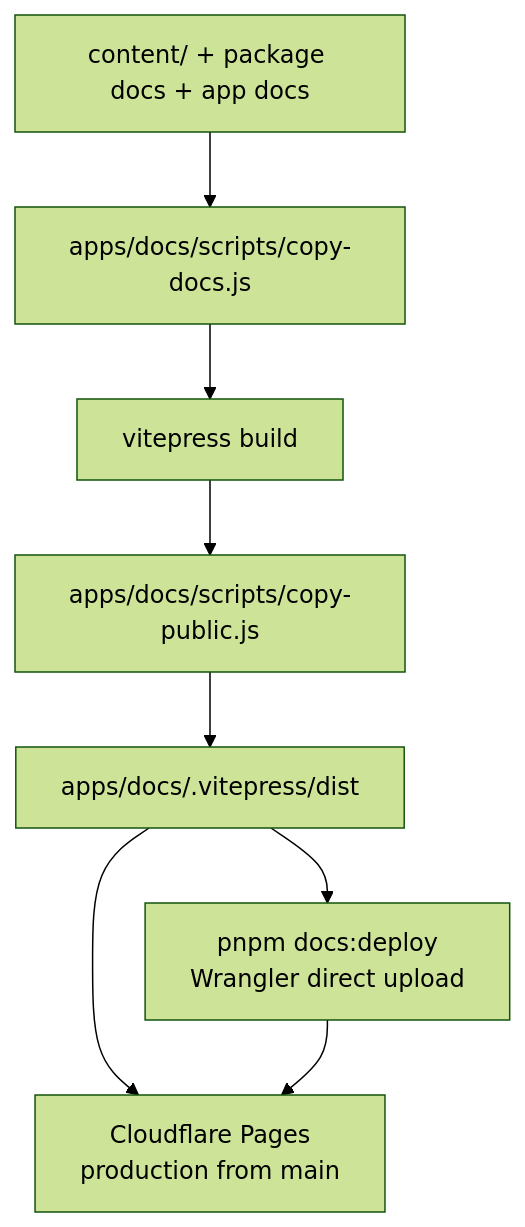
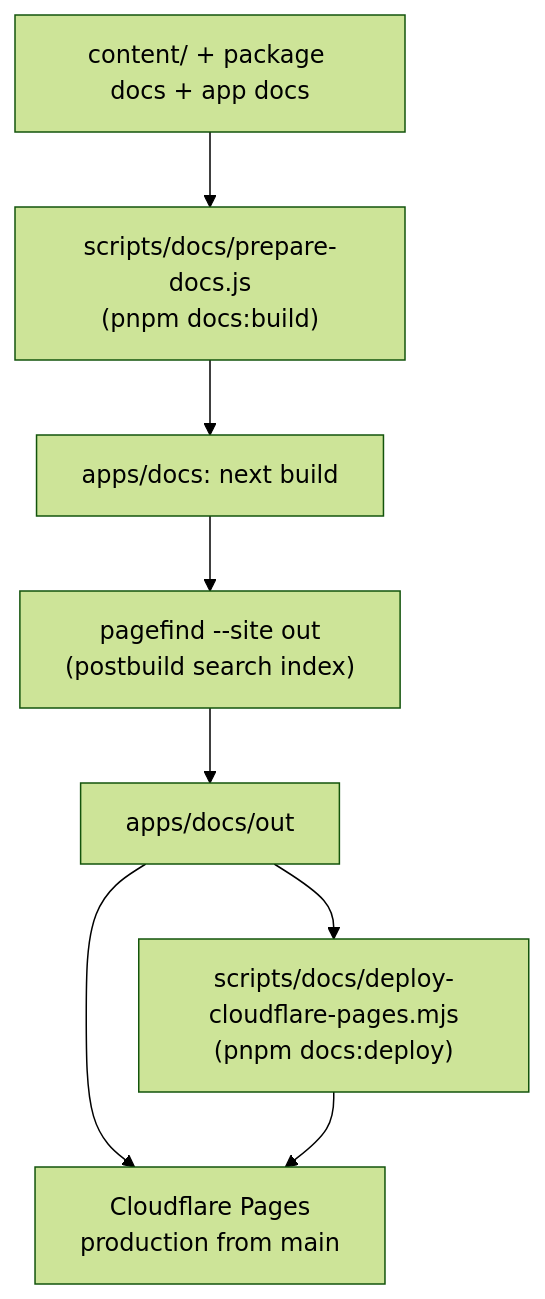
One commit to woojubb/robota changed the second of 2 diagrams in .agents/specs/architecture-map/apps-and-deployment.md. Above: the diagram before and after it, drawn with Mermaid (forest theme). The commit also changed other lines of this file and 2 other files, not shown here.

Commit message:
docs(arch): refresh apps-and-deployment.md (INFRA-008, AF-10/18/19) (#739)
- AF-10: rewrite the docs-deployment mermaid to the real Next.js pipeline
  (scripts/docs/prepare-docs.js → next build → pagefind → apps/docs/out →
  Cloudflare / deploy-cloudflare-pages.mjs); removes dead copy-docs.js,
  copy-public.js and the stale vitepress step.
- AF-18: add the three undocumented apps — apps/action (GitHub Action),
  apps/starter-nextjs (Next.js template), apps/www (Cloudflare Pages site).
- AF-19: clarify apps/agent-web = Vercel (frontend) + Firebase/Firestore
  (backend), since it ships both vercel.json and firebase.json/firestore.

harness:scan 24/24 exit 0.

````diff
--- a/.agents/specs/architecture-map/apps-and-deployment.md
+++ b/.agents/specs/architecture-map/apps-and-deployment.md
@@ -59,18 +62,18 @@
 ```mermaid
 flowchart TD
   Content["content/ + package docs + app docs"]
-  Copy["apps/docs/scripts/copy-docs.js"]
-  Build["vitepress build"]
-  Public["apps/docs/scripts/copy-public.js"]
-  Dist["apps/docs/.vitepress/dist"]
+  Prepare["scripts/docs/prepare-docs.js\n(pnpm docs:build)"]
+  Build["apps/docs: next build"]
+  Pagefind["pagefind --site out\n(postbuild search index)"]
+  Out["apps/docs/out"]
   Cloudflare["Cloudflare Pages\nproduction from main"]
-  Manual["pnpm docs:deploy\nWrangler direct upload"]
+  Manual["scripts/docs/deploy-cloudflare-pages.mjs\n(pnpm docs:deploy)"]
 
-  Content --> Copy
-  Copy --> Build
-  Build --> Public
-  Public --> Dist
-  Dist --> Cloudflare
-  Dist --> Manual
+  Content --> Prepare
+  Prepare --> Build
+  Build --> Pagefind
+  Pagefind --> Out
+  Out --> Cloudflare
+  Out --> Manual
   Manual --> Cloudflare
 ```
````
